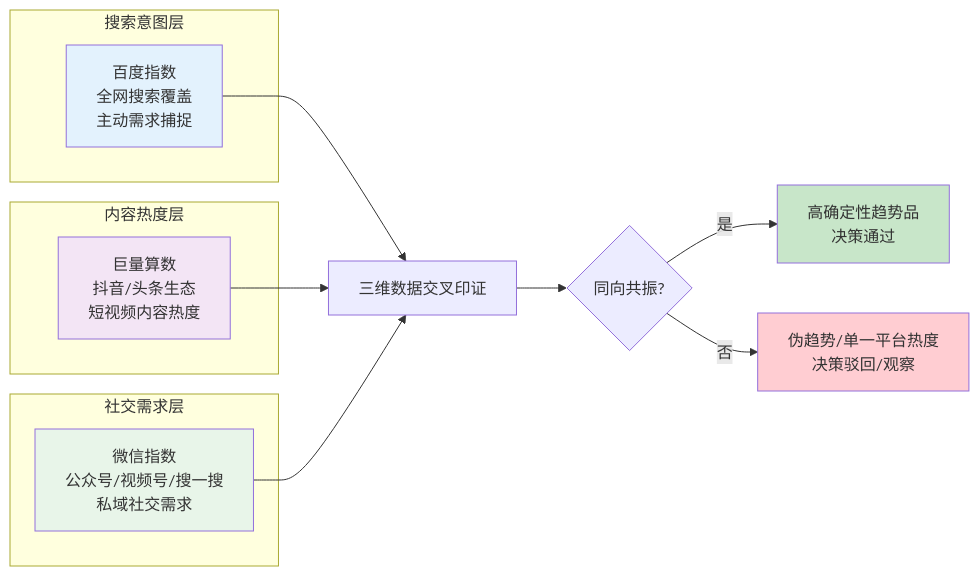
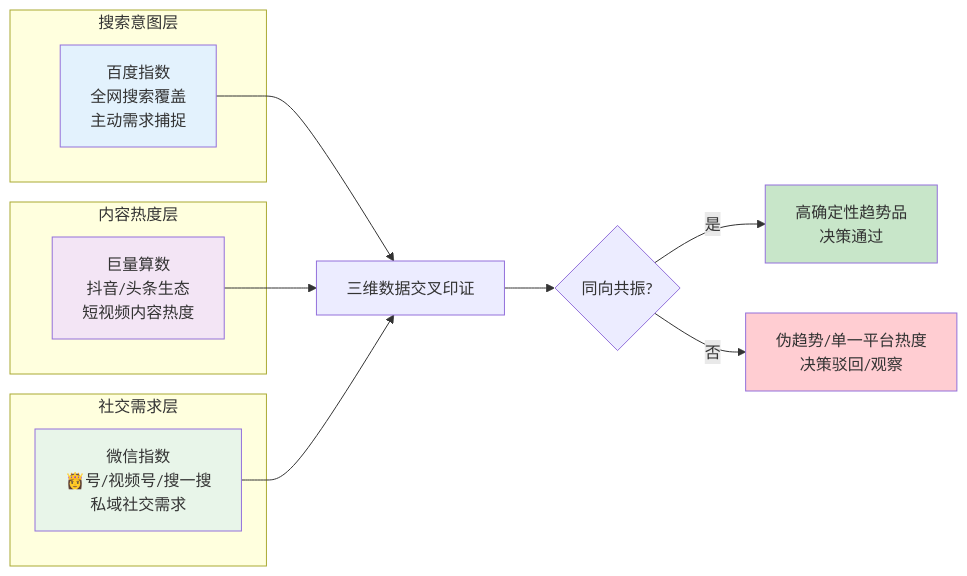
One commit to OpenDocCN1/flygon-zhuanqian-zhoubao changed the third of 8 diagrams in docs/202303_paper2textbook/asset/body_fix_ac3bcc46b5093579873cdb59a9b31310_da00af8691ed56f0f065bde25c5d2e5b_9c9648b65a7fc30d1ab12631accabb7b_5d00e3885a02de5fa35913190f8f2b3c.md. Above: the diagram before and after it, drawn with Mermaid. The commit also changed other lines of this file and 6688 other files, not shown here.

````diff
--- a/docs/202303_paper2textbook/asset/body_fix_ac3bcc46b5093579873cdb59a9b31310_da00af8691ed56f0f065bde25c5d2e5b_9c9648b65a7fc30d1ab12631accabb7b_5d00e3885a02de5fa35913190f8f2b3c.md
+++ b/docs/202303_paper2textbook/asset/body_fix_ac3bcc46b5093579873cdb59a9b31310_da00af8691ed56f0f065bde25c5d2e5b_9c9648b65a7fc30d1ab12631accabb7b_5d00e3885a02de5fa35913190f8f2b3c.md
@@ -183,25 +183,25 @@
 ```mermaid
 graph LR
     subgraph 搜索意图层
         A[百度指数<br/>全网搜索覆盖<br/>主动需求捕捉]
     end
     subgraph 内容热度层
         B[巨量算数<br/>抖音/头条生态<br/>短视频内容热度]
     end
     subgraph 社交需求层
-        C[微信指数<br/>公众号/视频号/搜一搜<br/>私域社交需求]
+        C[微信指数<br/>👸号/视频号/搜一搜<br/>私域社交需求]
     end
     
     A --> D[三维数据交叉印证]
     B --> D
     C --> D
     D --> E{同向共振?}
     E -->|是| F[高确定性趋势品<br/>决策通过]
     E -->|否| G[伪趋势/单一平台热度<br/>决策驳回/观察]
     
     style A fill:#e3f2fd
     style B fill:#f3e5f5
     style C fill:#e8f5e9
     style F fill:#c8e6c9
     style G fill:#ffcdd2
 ```
````
